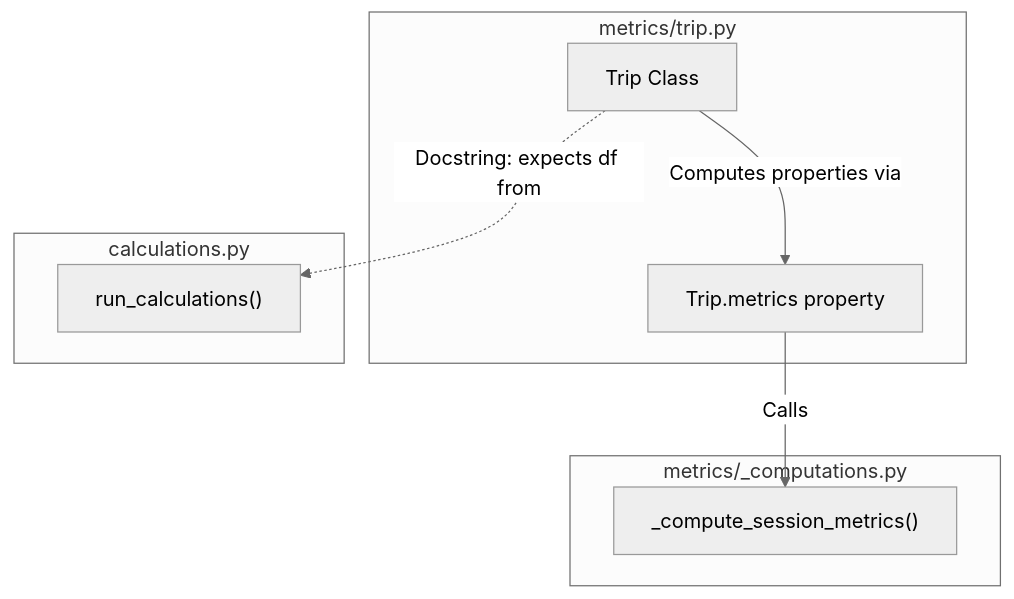
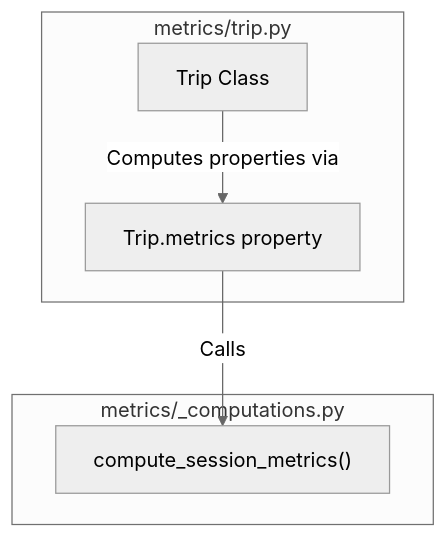
Before and after one commit to npapnet/eco_drive_cycles: the first of 2 diagrams in docs/designs/method_dependencies.md, drawn with Mermaid (neutral theme). The commit also changed other lines of this file and 5 other files, not shown here.

````diff
--- a/docs/designs/method_dependencies.md
+++ b/docs/designs/method_dependencies.md
@@ -12,19 +12,14 @@
 ```mermaid
 graph TD
     subgraph metrics/trip.py
         T[Trip Class]
         M[Trip.metrics property]
     end
 
     subgraph metrics/_computations.py
-        CSM["_compute_session_metrics()"]
+        CSM["compute_session_metrics()"]
     end
 
-    subgraph calculations.py
-        RC["run_calculations()"]
-    end
-
-    T -.->|Docstring: expects df from| RC
     T -->|Computes properties via| M
     M -->|Calls| CSM
 ```
````
